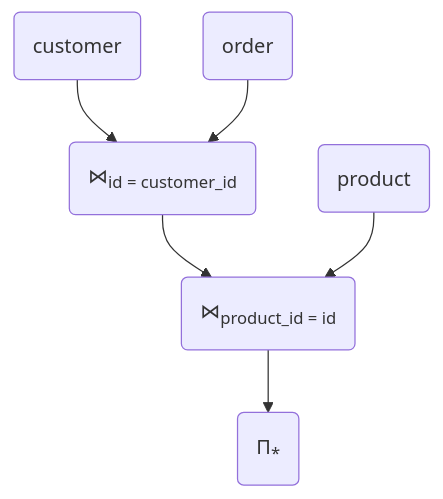
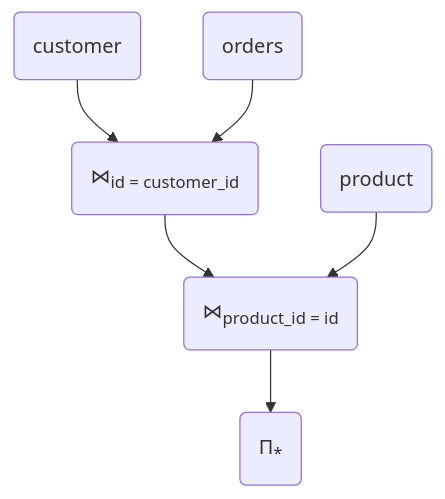
One commit to leftshift/query-planner-talk changed the seventh of 7 diagrams in slides.md. Above: the diagram before and after it, drawn with Mermaid. The commit also changed other lines of this file and 9 other files, not shown here.

````diff
--- a/slides.md
+++ b/slides.md
@@ -329,9 +329,9 @@
 ```mermaid
 flowchart TB
     tb1(customer) --> j1
-    tb2(order) --> j1
+    tb2(orders) --> j1
     j1("⋈<sub>id = customer_id</sub>") --> j2
     tb3(product) --> j2
     j2("⋈<sub>product_id = id</sub>") --> pr
     pr(Π<sub>*</sub>)
 ```
````
